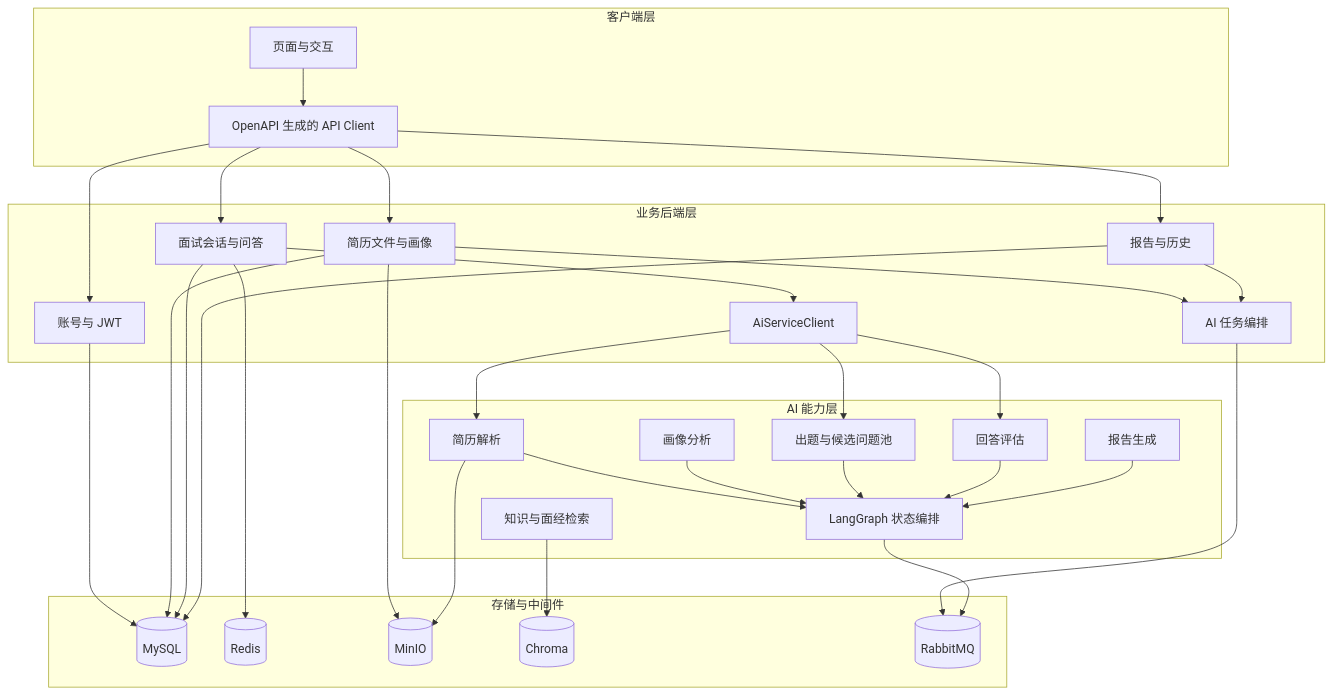
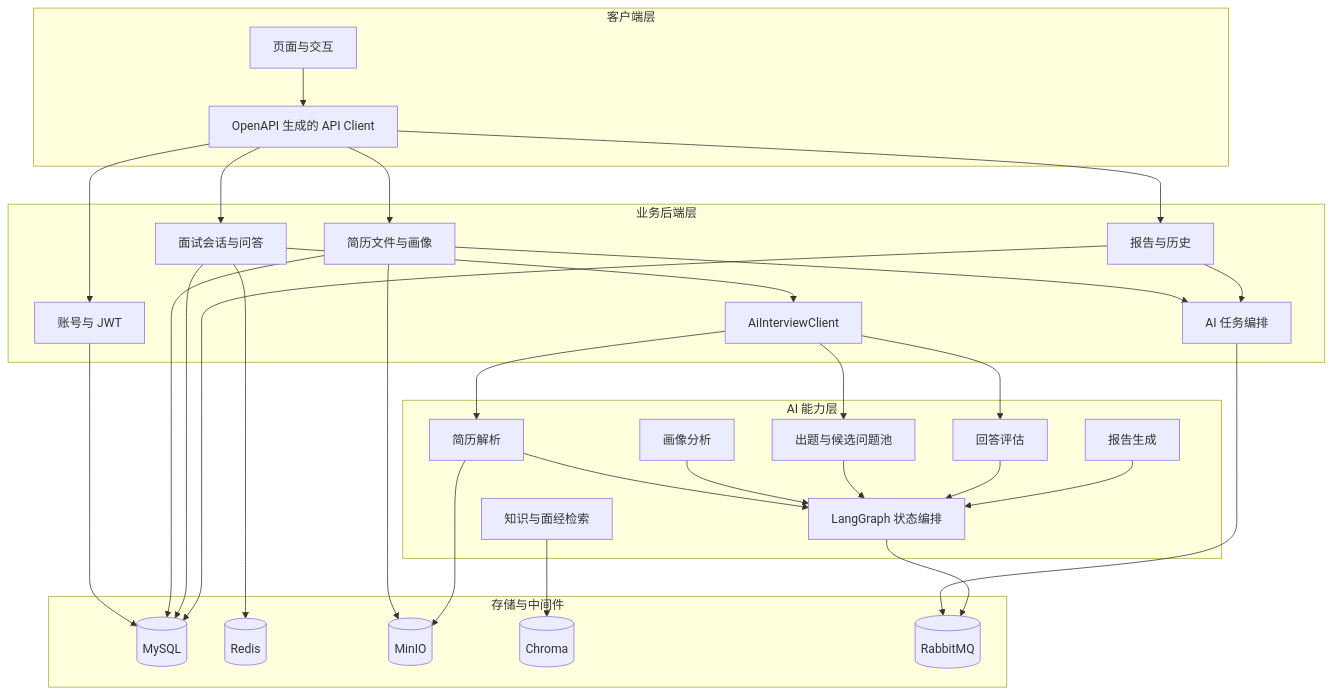
One commit to PHJ20030616/SmartView changed the second of 11 diagrams in README.md. Above: the diagram before and after it, drawn with Mermaid. The commit also changed other lines of this file and 4 other files, not shown here.

````diff
--- a/README.md
+++ b/README.md
@@ -95,62 +95,62 @@
 ```mermaid
 flowchart TB
     subgraph Client[客户端层]
         WebUI[页面与交互]
         ApiClient[OpenAPI 生成的 API Client]
     end
 
     subgraph Backend[业务后端层]
         Auth[账号与 JWT]
         Resume[简历文件与画像]
         Interview[面试会话与问答]
         Report[报告与历史]
         Task[AI 任务编排]
-        AiClient[AiServiceClient]
+        AiClient[AiInterviewClient]
     end
 
     subgraph AIService[AI 能力层]
         Parser[简历解析]
         Analyzer[画像分析]
         Retriever[知识与面经检索]
         Question[出题与候选问题池]
         Evaluator[回答评估]
         Reporter[报告生成]
         Graph[LangGraph 状态编排]
     end
 
     subgraph Storage[存储与中间件]
         DB[(MySQL)]
         Cache[(Redis)]
         ObjectStore[(MinIO)]
         VectorDB[(Chroma)]
         MQ[(RabbitMQ)]
     end
 
     WebUI --> ApiClient --> Auth
     ApiClient --> Resume
     ApiClient --> Interview
     ApiClient --> Report
 
     Auth --> DB
     Resume --> DB
     Resume --> ObjectStore
     Resume --> Task
     Interview --> DB
     Interview --> Cache
     Interview --> AiClient
     Report --> DB
     Report --> Task
     Task --> MQ
     AiClient --> Parser
     AiClient --> Question
     AiClient --> Evaluator
 
     Parser --> Graph
     Analyzer --> Graph
     Question --> Graph
     Evaluator --> Graph
     Reporter --> Graph
     Retriever --> VectorDB
     Parser --> ObjectStore
     Graph --> MQ
 ```
````
